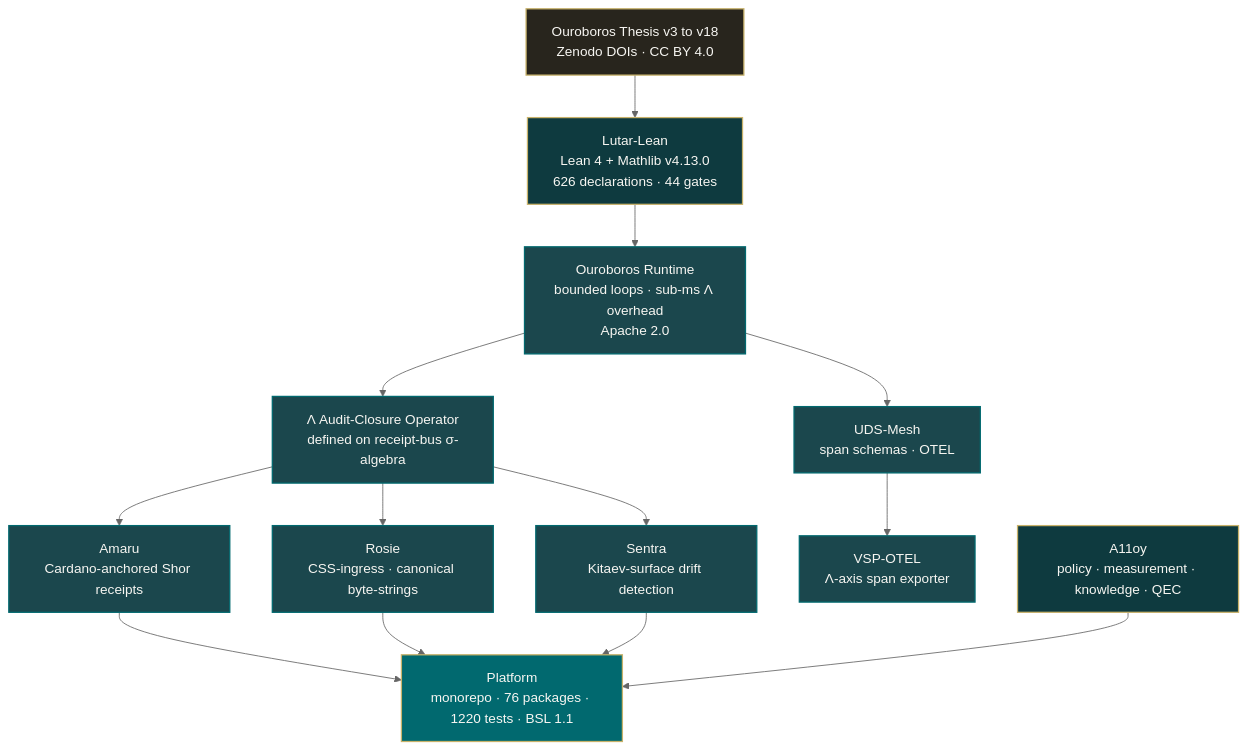
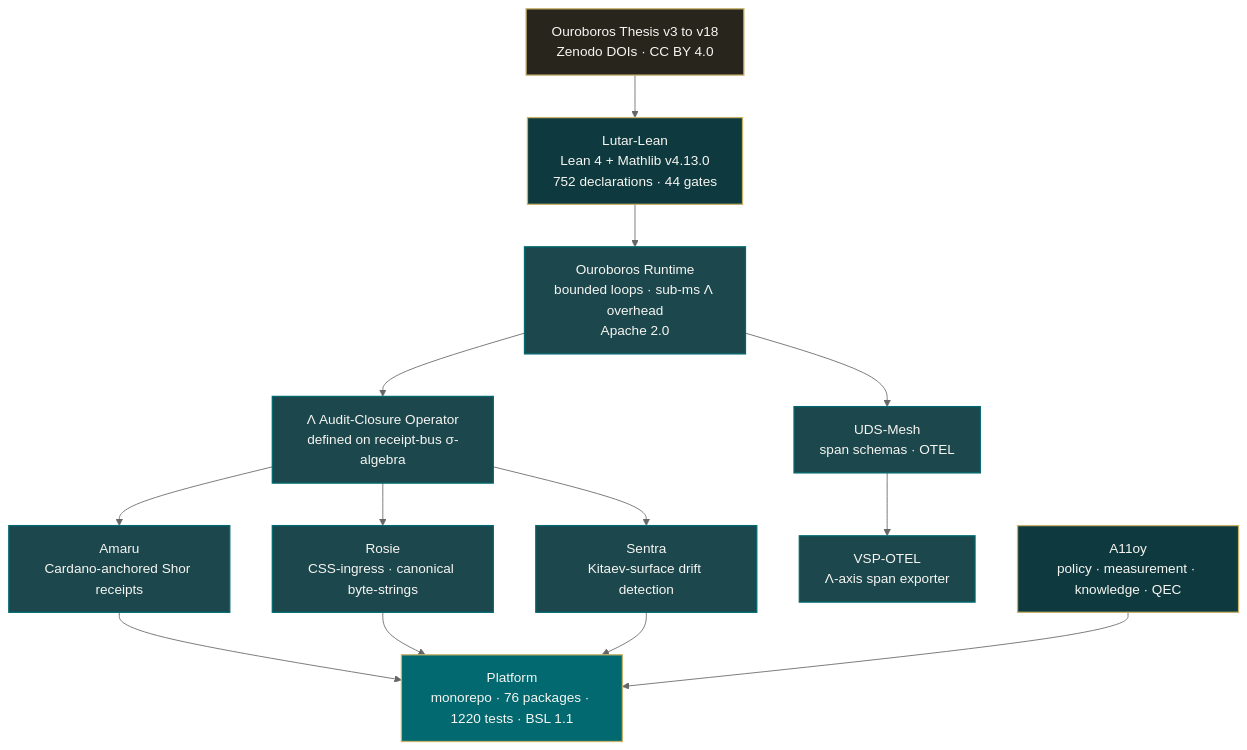
One commit to szl-holdings/.github changed the second of 2 diagrams in profile/README.md. Above: the diagram before and after it, drawn with Mermaid (neutral theme). The commit also changed other lines of this file, not shown here.

````diff
--- a/profile/README.md
+++ b/profile/README.md
@@ -216,30 +216,30 @@
 ```mermaid
 flowchart TD
     classDef research fill:#28251D,stroke:#C8B26A,color:#F7F6F2,stroke-width:1.5px;
     classDef runtime  fill:#1B474D,stroke:#01696F,color:#F7F6F2,stroke-width:1.5px;
     classDef sdk      fill:#0E3A3F,stroke:#C8B26A,color:#F7F6F2,stroke-width:1.5px;
     classDef platform fill:#01696F,stroke:#C8B26A,color:#F7F6F2,stroke-width:1.5px;
     classDef surface  fill:#F7F6F2,stroke:#01696F,color:#1B474D,stroke-width:1.5px;
 
     T["Ouroboros Thesis v3 to v18<br/>Zenodo DOIs · CC BY 4.0"]:::research
-    K["Lutar-Lean<br/>Lean 4 + Mathlib v4.13.0<br/>626 declarations · 44 gates"]:::sdk
+    K["Lutar-Lean<br/>Lean 4 + Mathlib v4.13.0<br/>752 declarations · 44 gates"]:::sdk
     R["Ouroboros Runtime<br/>bounded loops · sub-ms Λ overhead<br/>Apache 2.0"]:::runtime
     L["Λ Audit-Closure Operator<br/>defined on receipt-bus σ-algebra"]:::runtime
     A["Amaru<br/>Cardano-anchored Shor receipts"]:::runtime
     Ro["Rosie<br/>CSS-ingress · canonical byte-strings"]:::runtime
     S["Sentra<br/>Kitaev-surface drift detection"]:::runtime
     U["UDS-Mesh<br/>span schemas · OTEL"]:::runtime
     V["VSP-OTEL<br/>Λ-axis span exporter"]:::runtime
     All["A11oy<br/>policy · measurement · knowledge · QEC"]:::sdk
     P["Platform<br/>monorepo · 76 packages · 1220 tests · BSL 1.1"]:::platform
 
     T --> K --> R --> L
     L --> A
     L --> Ro
     L --> S
     R --> U --> V
     All --> P
     A --> P
     Ro --> P
     S --> P
 ```
````
